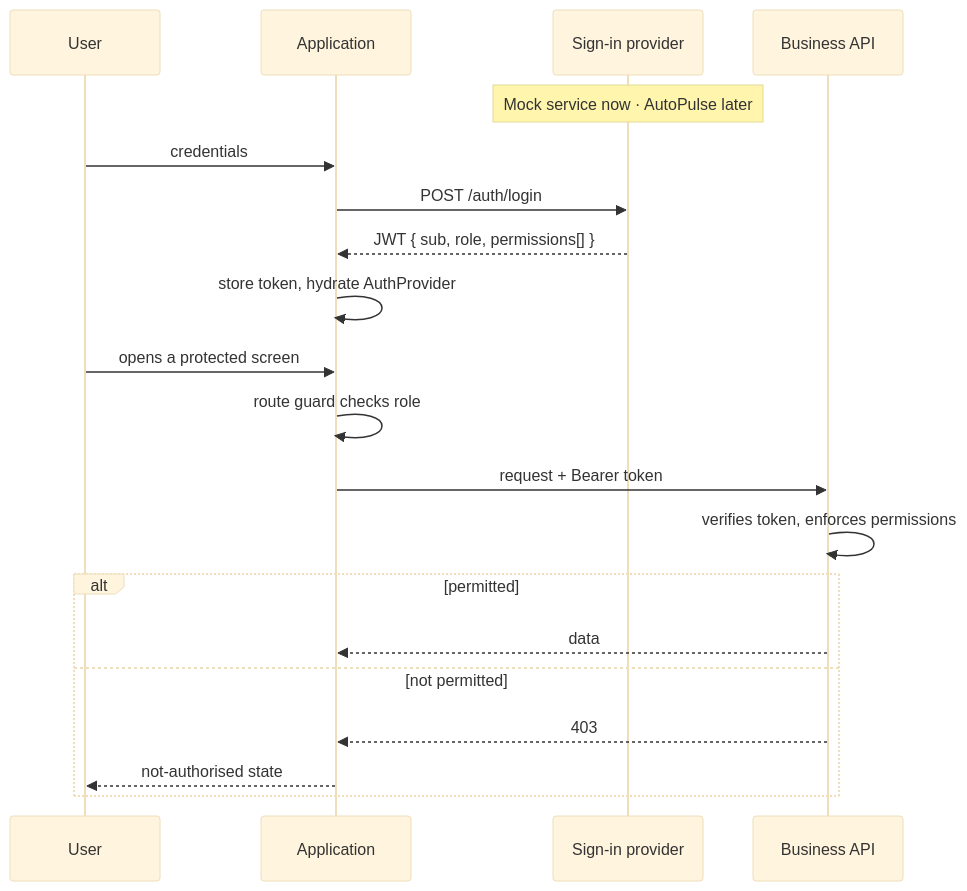
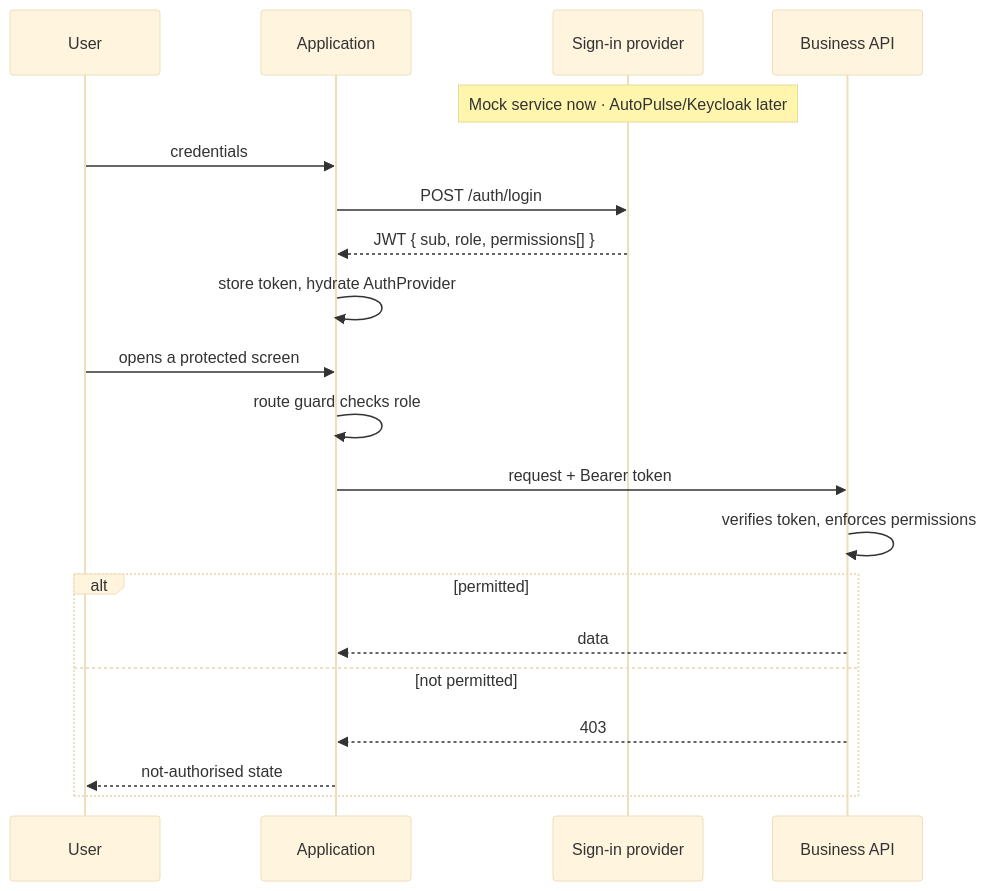
Before and after one commit to charithwellage/customerpanel: the sixth of 7 diagrams in FRONT_END_ARCHITECTURE.md, drawn with Mermaid (base theme). The commit also changed other lines of this file and 51 other files, not shown here.

````diff
--- a/FRONT_END_ARCHITECTURE.md
+++ b/FRONT_END_ARCHITECTURE.md
@@ -720,24 +720,24 @@
 ```mermaid
 sequenceDiagram
     participant U as User
     participant App as Application
     participant Auth as Sign-in provider
     participant API as Business API
 
-    Note over Auth: Mock service now · AutoPulse later
+    Note over Auth: Mock service now · AutoPulse/Keycloak later
     U->>App: credentials
     App->>Auth: POST /auth/login
     Auth-->>App: JWT { sub, role, permissions[] }
     App->>App: store token, hydrate AuthProvider
 
     U->>App: opens a protected screen
     App->>App: route guard checks role
     App->>API: request + Bearer token
     API->>API: verifies token, enforces permissions
     alt permitted
         API-->>App: data
     else not permitted
         API-->>App: 403
         App-->>U: not-authorised state
     end
 ```
````
